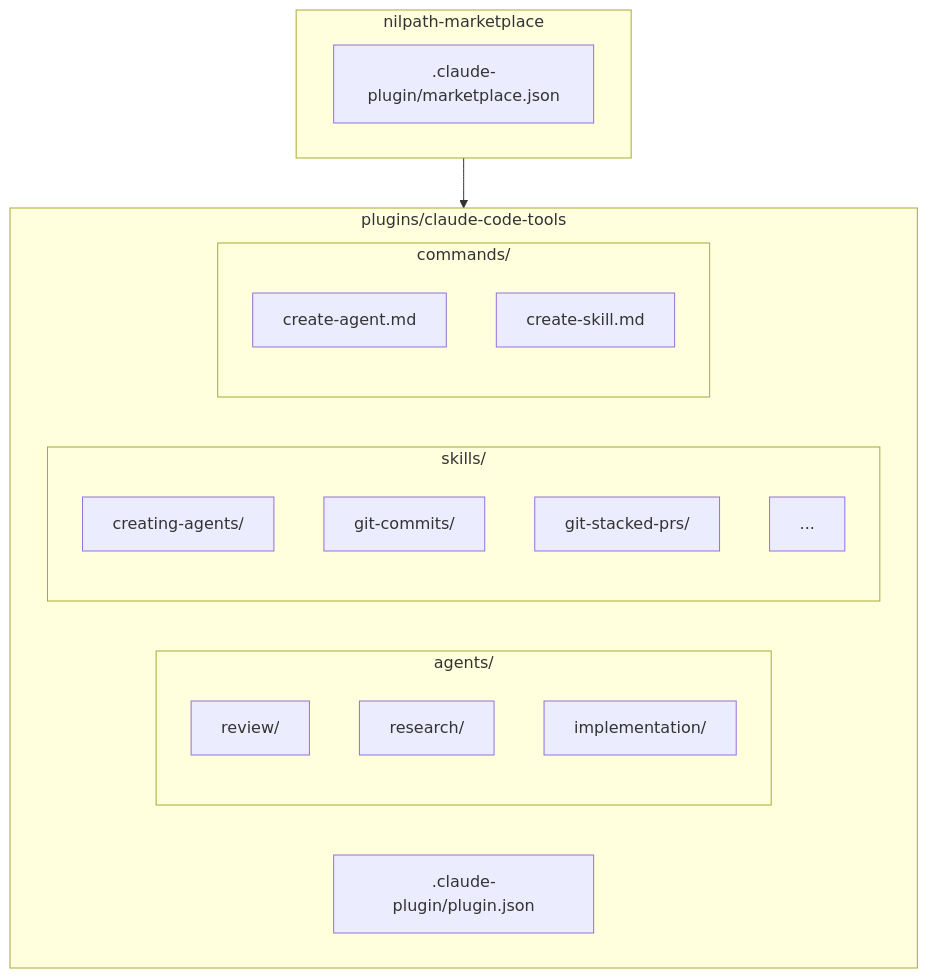
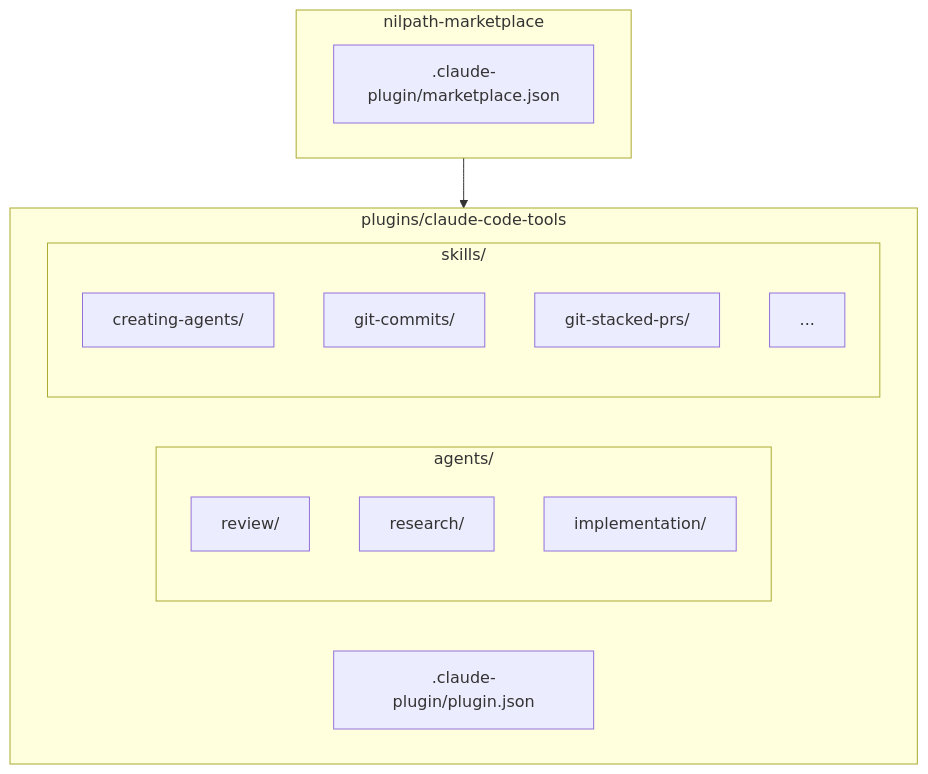
One commit to nilpath/nilpath-marketplace changed the diagram in CLAUDE.md. Above: the diagram before and after it, drawn with Mermaid. The commit also changed other lines of this file and 8 other files, not shown here.

Commit message:
feat: replace commands with skill argument-hint frontmatter (v0.5.10) (#27)

````diff
--- a/CLAUDE.md
+++ b/CLAUDE.md
@@ -7,30 +7,26 @@
 ```mermaid
 flowchart TD
     subgraph MARKETPLACE[nilpath-marketplace]
         MP_JSON[.claude-plugin/marketplace.json]
     end
 
     subgraph PLUGIN[plugins/claude-code-tools]
         PL_JSON[.claude-plugin/plugin.json]
 
         subgraph AGENTS[agents/]
             A_REV[review/]
             A_RES[research/]
             A_IMP[implementation/]
         end
 
         subgraph SKILLS[skills/]
             S1[creating-agents/]
             S2[git-commits/]
             S3[git-stacked-prs/]
             S4[...]
         end
 
-        subgraph COMMANDS[commands/]
-            C1[create-agent.md]
-            C2[create-skill.md]
-        end
     end
 
     MARKETPLACE --> PLUGIN
 ```
````
